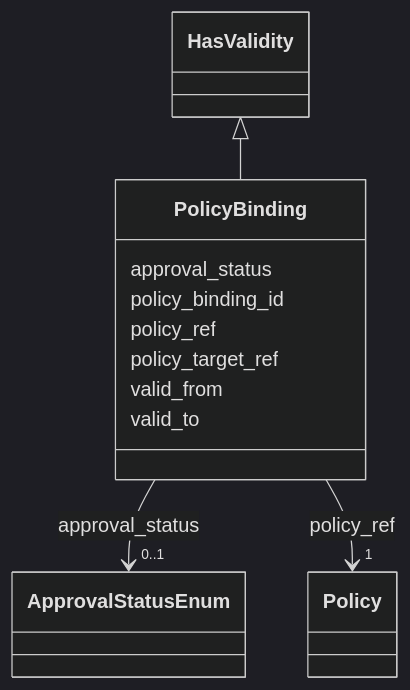
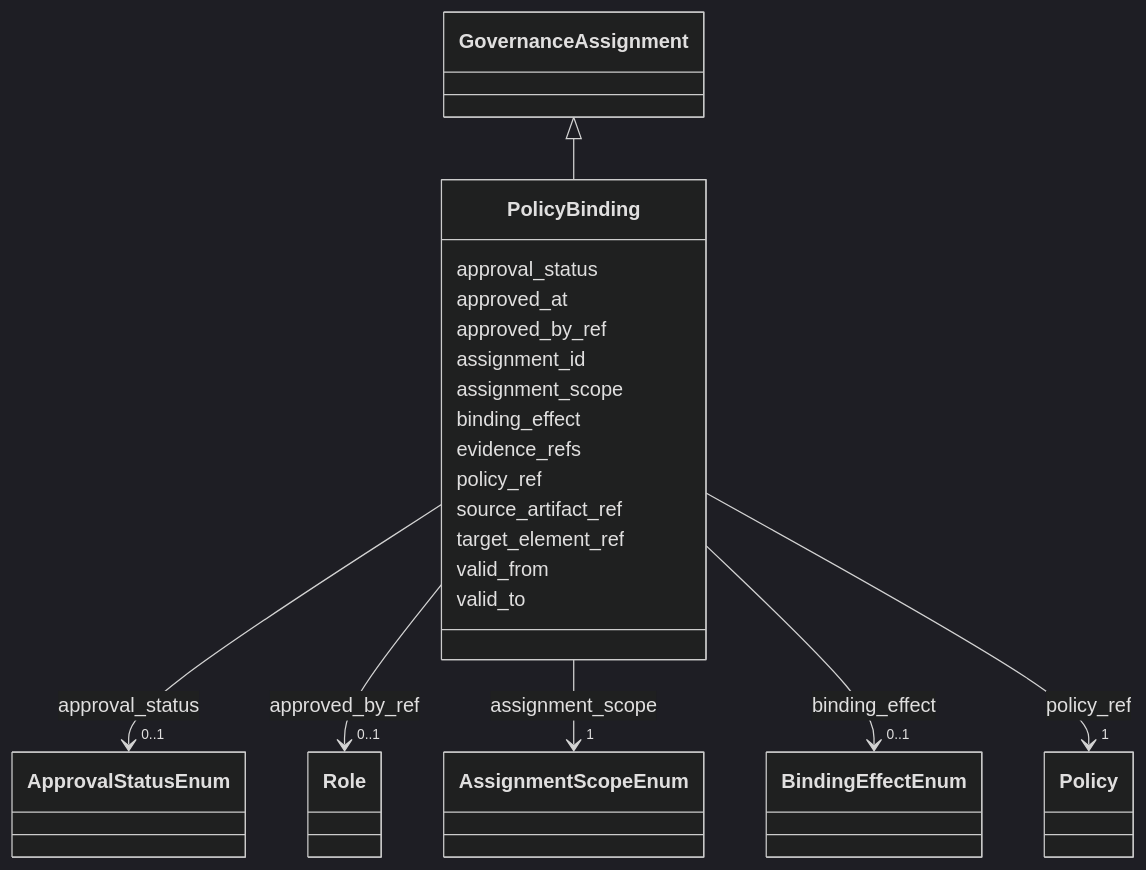
Before and after one commit to oista/moex-data-model: the diagram in generated/artifacts/moex-dams/0.1/diagrams/PolicyBinding.md, drawn with Mermaid (dark theme). The commit also changed 26 other files, not shown here.

First line of the commit message:
chore(generated): regenerate DAMS artifacts for schema 5.0.0 (ADR-049)

````diff
--- a/generated/artifacts/moex-dams/0.1/diagrams/PolicyBinding.md
+++ b/generated/artifacts/moex-dams/0.1/diagrams/PolicyBinding.md
@@ -4,39 +4,78 @@
 ```mermaid
  classDiagram
     class PolicyBinding
     click PolicyBinding href "../PolicyBinding"
-      HasValidity <|-- PolicyBinding
-        click HasValidity href "../HasValidity"
+      GovernanceAssignment <|-- PolicyBinding
+        click GovernanceAssignment href "../GovernanceAssignment"
       
       PolicyBinding : approval_status
         
           
     
         
         
         PolicyBinding --> "0..1" ApprovalStatusEnum : approval_status
         click ApprovalStatusEnum href "../ApprovalStatusEnum"
     
 
         
-      PolicyBinding : policy_binding_id
+      PolicyBinding : approved_at
+        
+      PolicyBinding : approved_by_ref
+        
+          
+    
+        
+        
+        PolicyBinding --> "0..1" Role : approved_by_ref
+        click Role href "../Role"
+    
+
+        
+      PolicyBinding : assignment_id
+        
+      PolicyBinding : assignment_scope
+        
+          
+    
+        
+        
+        PolicyBinding --> "1" AssignmentScopeEnum : assignment_scope
+        click AssignmentScopeEnum href "../AssignmentScopeEnum"
+    
+
+        
+      PolicyBinding : binding_effect
+        
+          
+    
+        
+        
+        PolicyBinding --> "0..1" BindingEffectEnum : binding_effect
+        click BindingEffectEnum href "../BindingEffectEnum"
+    
+
+        
+      PolicyBinding : evidence_refs
         
       PolicyBinding : policy_ref
         
           
     
         
         
         PolicyBinding --> "1" Policy : policy_ref
         click Policy href "../Policy"
     
 
         
-      PolicyBinding : policy_target_ref
+      PolicyBinding : source_artifact_ref
+        
+      PolicyBinding : target_element_ref
         
       PolicyBinding : valid_from
         
       PolicyBinding : valid_to
         
       
 ```
````
